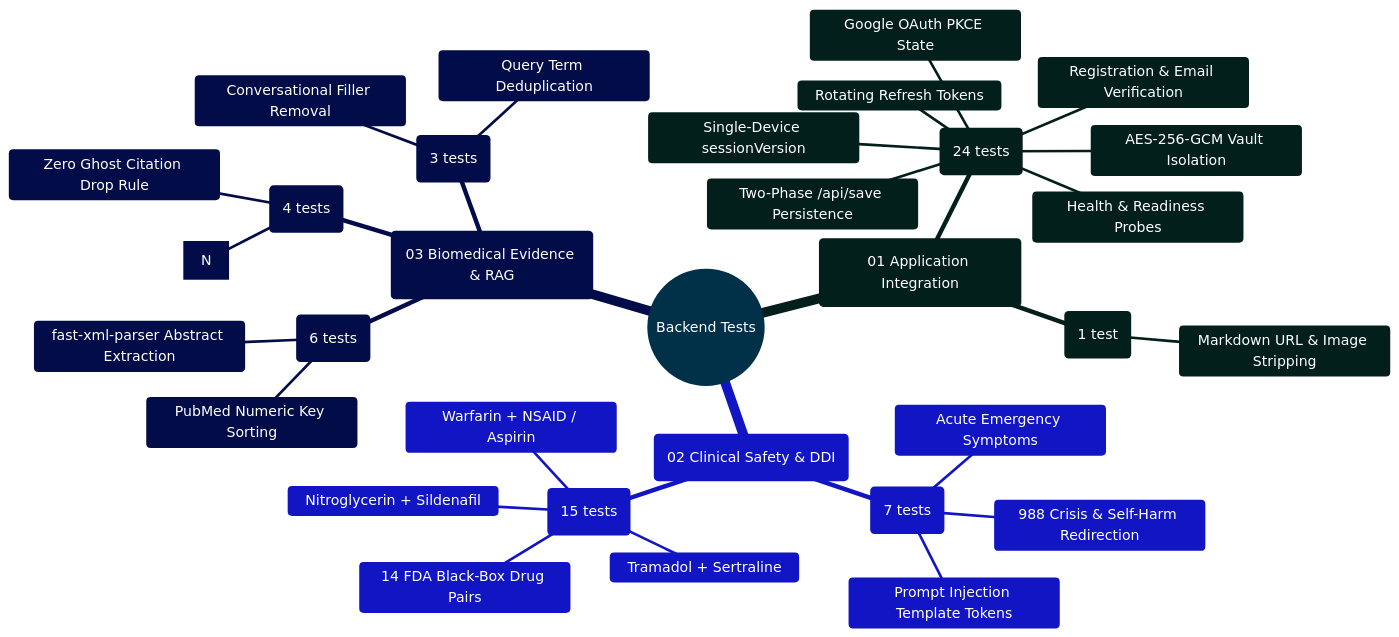
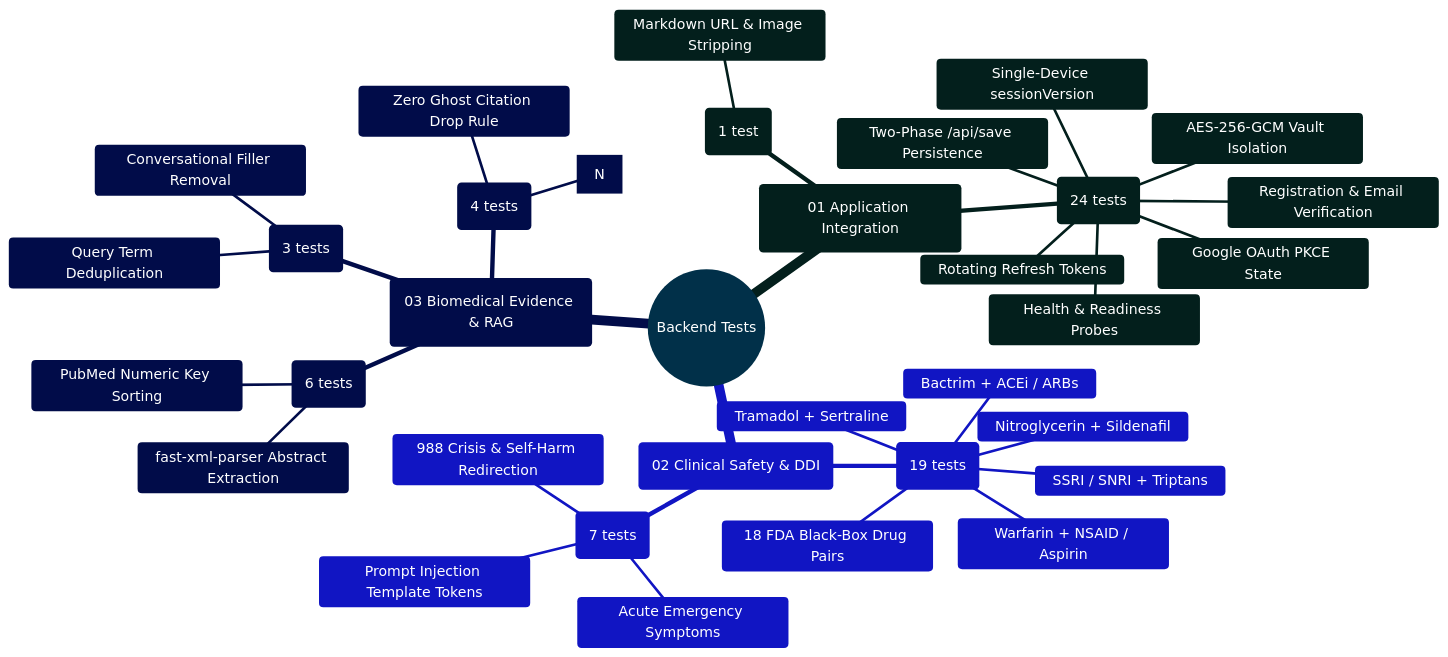
Before and after one commit to Ganesh172919/React-App-LLM: the diagram in backend/test/README.md, drawn with Mermaid. The commit also changed other lines of this file and 42 other files, not shown here.

Commit message:
feat: expand clinical suite to 17 tools (Mosteller BSA & APRI) and drug interaction screener to 18 rules (Triptan+SSRI & Bactrim+ACEI)

````diff
--- a/backend/test/README.md
+++ b/backend/test/README.md
@@ -52,37 +52,39 @@
 ```mermaid
 %%{init: {'theme': 'base', 'themeVariables': { 'primaryColor': '#0284c7', 'primaryTextColor': '#ffffff', 'primaryBorderColor': '#0369a1', 'lineColor': '#0284c7', 'secondaryColor': '#0d9488', 'tertiaryColor': '#6366f1' }}}%%
 mindmap
   root((Backend Tests))
     ::icon(fa fa-vial)
     (01 Application Integration)
       application.test.js (24 tests)
         Health & Readiness Probes
         Registration & Email Verification
         Google OAuth PKCE State
         Rotating Refresh Tokens
         Single-Device sessionVersion
         Two-Phase /api/save Persistence
         AES-256-GCM Vault Isolation
       chatTitle.test.js (1 test)
         Markdown URL & Image Stripping
     (02 Clinical Safety & DDI)
       safetyService.test.js (7 tests)
         988 Crisis & Self-Harm Redirection
         Acute Emergency Symptoms
         Prompt Injection Template Tokens
-      interactionService.test.js (15 tests)
-        14 FDA Black-Box Drug Pairs
+      interactionService.test.js (19 tests)
+        18 FDA Black-Box Drug Pairs
         Warfarin + NSAID / Aspirin
         Nitroglycerin + Sildenafil
         Tramadol + Sertraline
+        SSRI / SNRI + Triptans
+        Bactrim + ACEi / ARBs
     (03 Biomedical Evidence & RAG)
       pubmedService.test.js (3 tests)
         Query Term Deduplication
         Conversational Filler Removal
       providers.test.js (6 tests)
         PubMed Numeric Key Sorting
         fast-xml-parser Abstract Extraction
       citationService.test.js (4 tests)
         Numerical Citation Bracket Matching [N]
         Zero Ghost Citation Drop Rule
 ```
````
